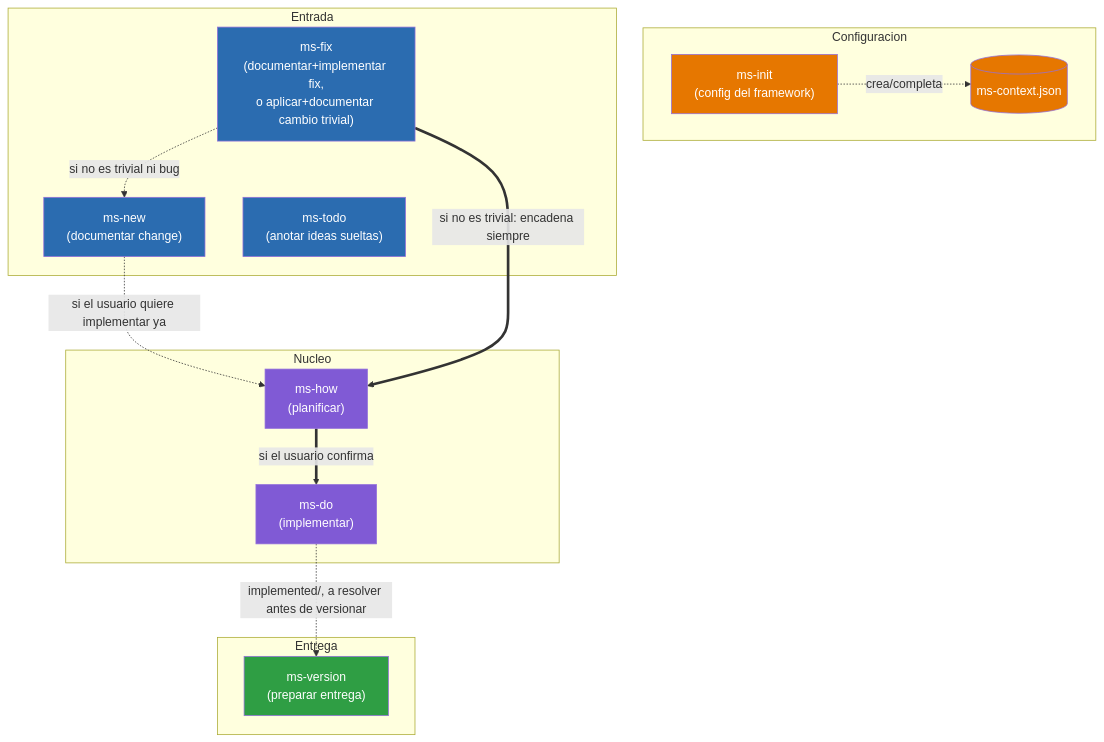
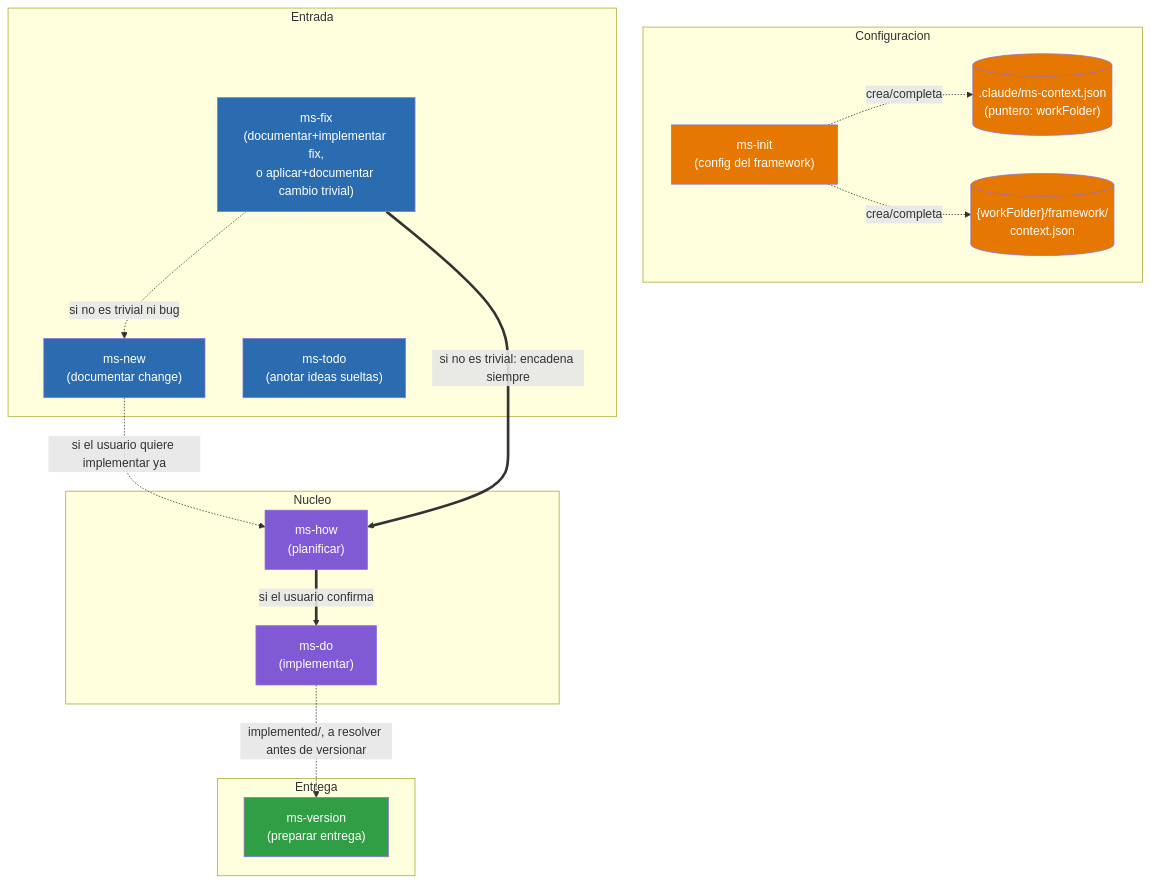
The diagram in .claude/ms-design.md (yeyopepe/bgfactory), drawn with Mermaid before and after one commit. The commit also changed other lines of this file and 35 other files, not shown here.

First line of the commit message:
Separa el fichero de contexto del framework ms-* en puntero + config de proyecto

````diff
--- a/.claude/ms-design.md
+++ b/.claude/ms-design.md
@@ -18,39 +18,41 @@
 ```mermaid
 graph TD
     subgraph Configuracion
         ms_init["ms-init<br/>(config del framework)"]
-        ms_context[("ms-context.json")]
+        ms_pointer[(".claude/ms-context.json<br/>(puntero: workFolder)")]
+        ms_context[("{workFolder}/framework/<br/>context.json")]
     end
 
     subgraph Entrada
         ms_new["ms-new<br/>(documentar change)"]
         ms_fix["ms-fix<br/>(documentar+implementar fix,<br/>o aplicar+documentar cambio trivial)"]
         ms_todo["ms-todo<br/>(anotar ideas sueltas)"]
     end
 
     subgraph Nucleo
         ms_how["ms-how<br/>(planificar)"]
         ms_do["ms-do<br/>(implementar)"]
     end
 
     subgraph Entrega
         ms_version["ms-version<br/>(preparar entrega)"]
     end
 
+    ms_init -.->|crea/completa| ms_pointer
     ms_init -.->|crea/completa| ms_context
 
     ms_new -.->|"si el usuario quiere implementar ya"| ms_how
     ms_fix ==>|"si no es trivial: encadena siempre"| ms_how
     ms_fix -.->|"si no es trivial ni bug"| ms_new
     ms_how ==>|"si el usuario confirma"| ms_do
     ms_do -.->|"implemented/, a resolver antes de versionar"| ms_version
 
     classDef entry fill:#2b6cb0,color:#fff
     classDef core fill:#805ad5,color:#fff
     classDef config fill:#e67700,color:#fff
     classDef delivery fill:#2f9e44,color:#fff
     class ms_new,ms_fix,ms_todo entry
     class ms_how,ms_do core
-    class ms_init,ms_context config
+    class ms_init,ms_pointer,ms_context config
     class ms_version delivery
 ```
````
